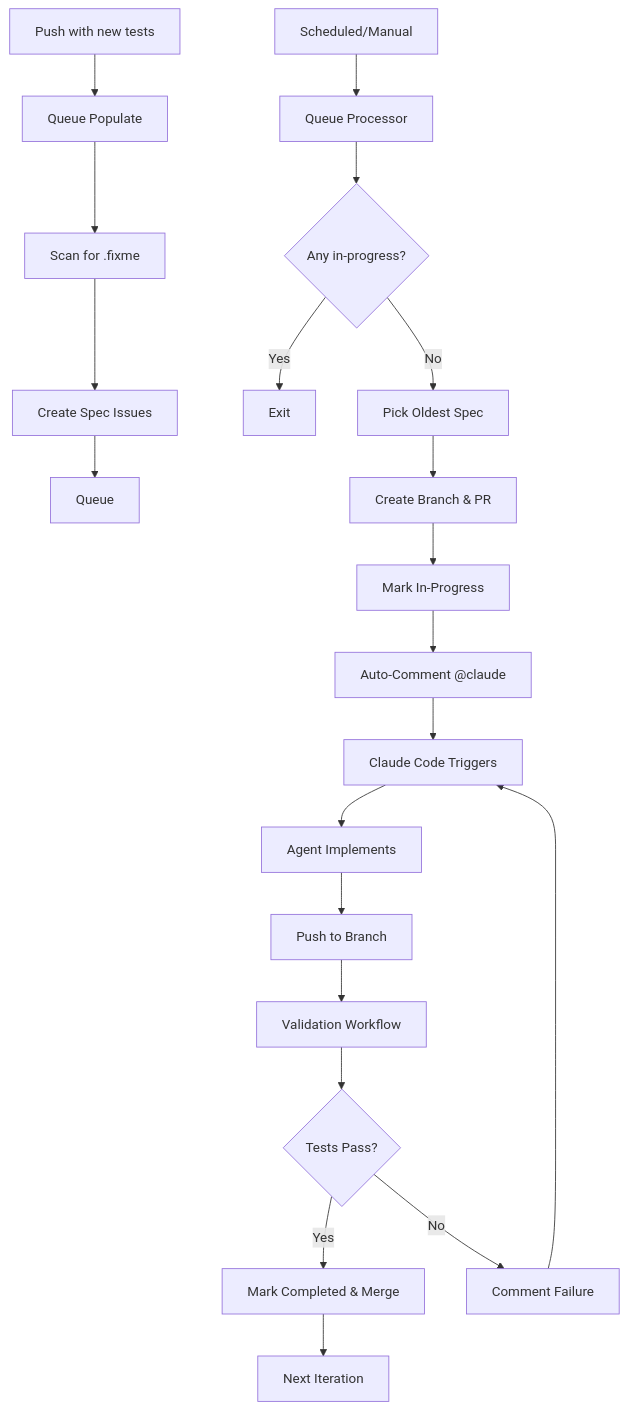
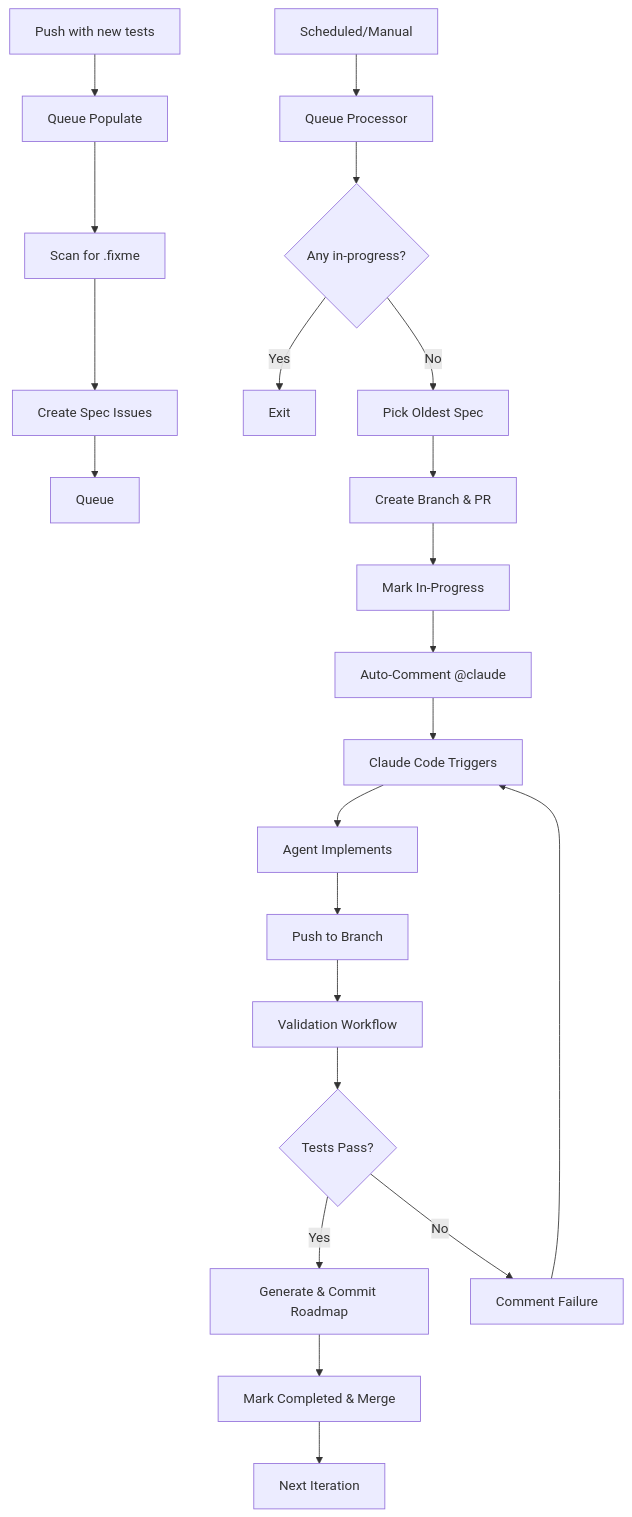
The diagram in docs/development/tdd-automation-pipeline.md (omnera-dev/omnera-v2), drawn with Mermaid before and after one commit. The commit also changed other lines of this file and 1 other file, not shown here.

First line of the commit message:
feat: add automatic roadmap generation to TDD validation workflow

````diff
--- a/docs/development/tdd-automation-pipeline.md
+++ b/docs/development/tdd-automation-pipeline.md
@@ -11,23 +11,24 @@
 ```mermaid
 graph TD
     A[Push with new tests] --> B[Queue Populate]
     B --> C[Scan for .fixme]
     C --> D[Create Spec Issues]
     D --> E[Queue]
     F[Scheduled/Manual] --> G[Queue Processor]
     G --> H{Any in-progress?}
     H -->|Yes| I[Exit]
     H -->|No| J[Pick Oldest Spec]
     J --> K[Create Branch & PR]
     K --> L[Mark In-Progress]
     L --> LA[Auto-Comment @claude]
     LA --> M[Claude Code Triggers]
     M --> N[Agent Implements]
     N --> O[Push to Branch]
     O --> P[Validation Workflow]
     P --> Q{Tests Pass?}
-    Q -->|Yes| R[Mark Completed & Merge]
-    Q -->|No| S[Comment Failure]
-    S --> M
-    R --> T[Next Iteration]
+    Q -->|Yes| R[Generate & Commit Roadmap]
+    R --> S[Mark Completed & Merge]
+    Q -->|No| T[Comment Failure]
+    T --> M
+    S --> U[Next Iteration]
 ```
````
